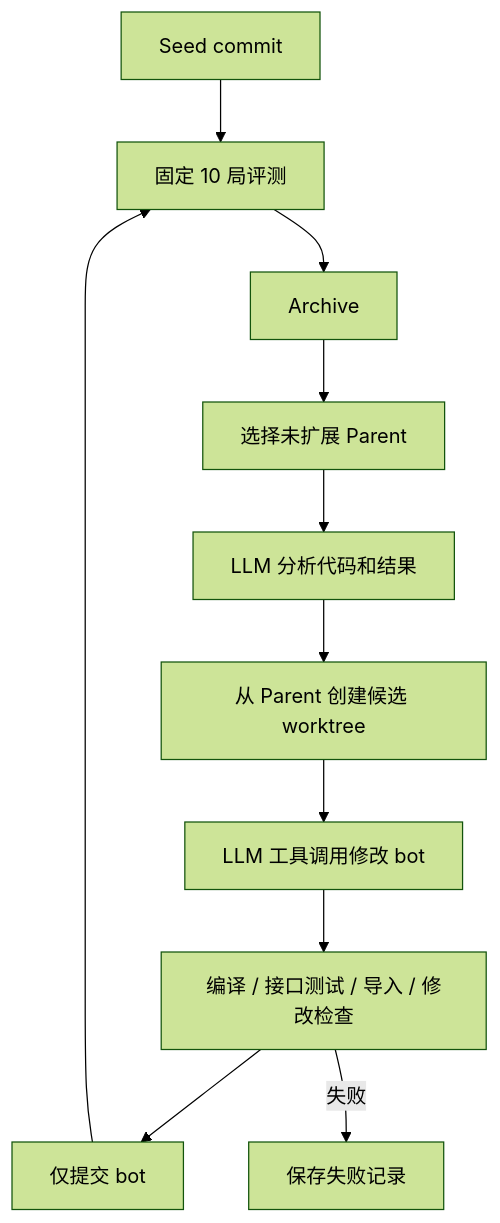
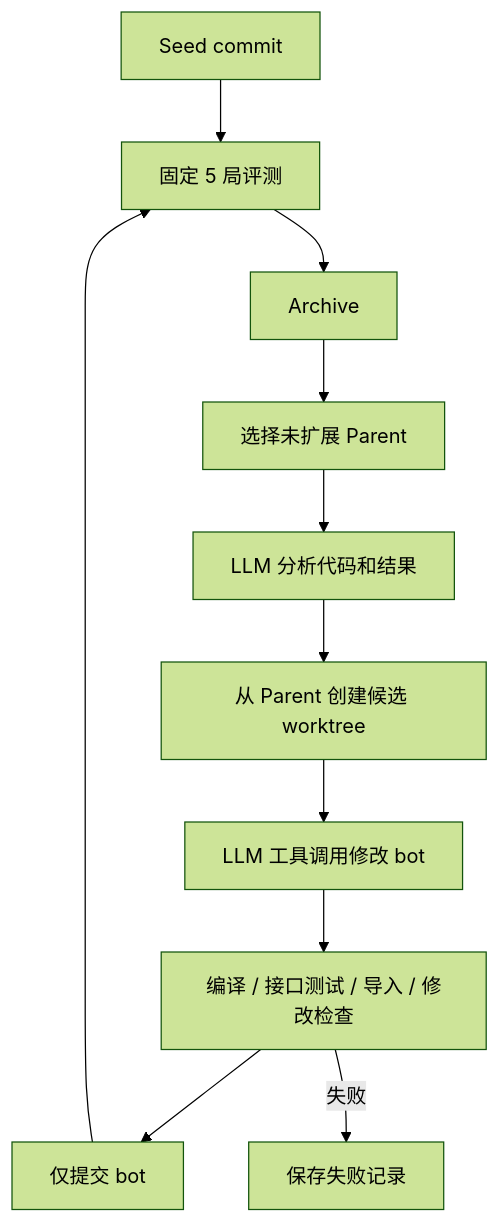
Before and after one commit to Kanpfx/RSI-SC2: the diagram in architecture.md, drawn with Mermaid (forest theme). The commit also changed 13 other files, not shown here.

````diff
--- a/architecture.md
+++ b/architecture.md
@@ -5,13 +5,13 @@
 ```mermaid
 flowchart TD
-    Seed[Seed commit] --> Eval[固定 10 局评测]
+    Seed[Seed commit] --> Eval[固定 5 局评测]
     Eval --> Archive[Archive]
     Archive --> Select[选择未扩展 Parent]
     Select --> Analyze[LLM 分析代码和结果]
     Analyze --> Worktree[从 Parent 创建候选 worktree]
     Worktree --> Agent[LLM 工具调用修改 bot]
     Agent --> Smoke[编译 / 接口测试 / 导入 / 修改检查]
     Smoke --> Commit[仅提交 bot]
     Commit --> Eval
     Smoke -->|失败| Failure[保存失败记录]
 ```
````
